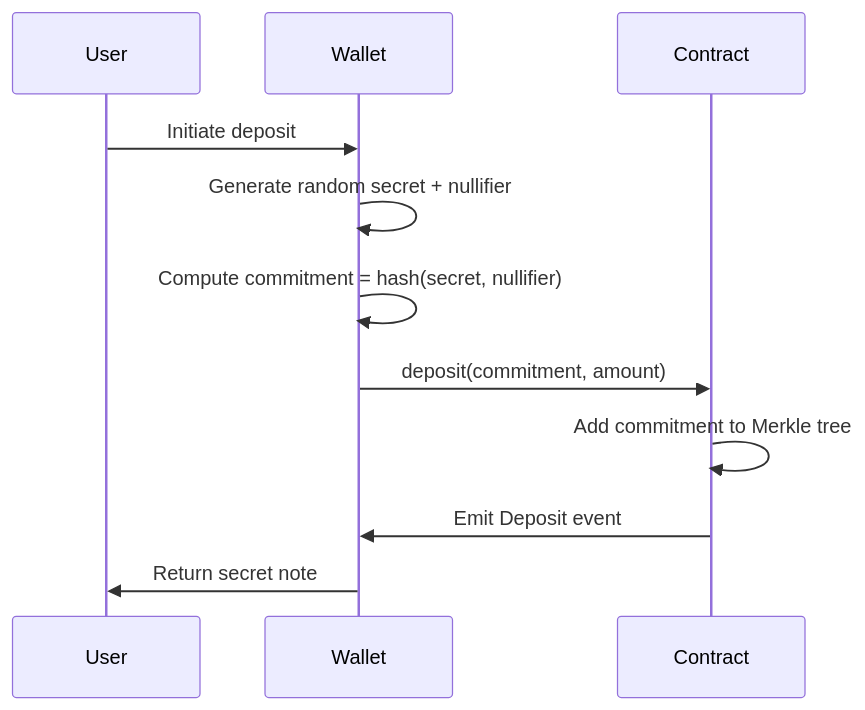
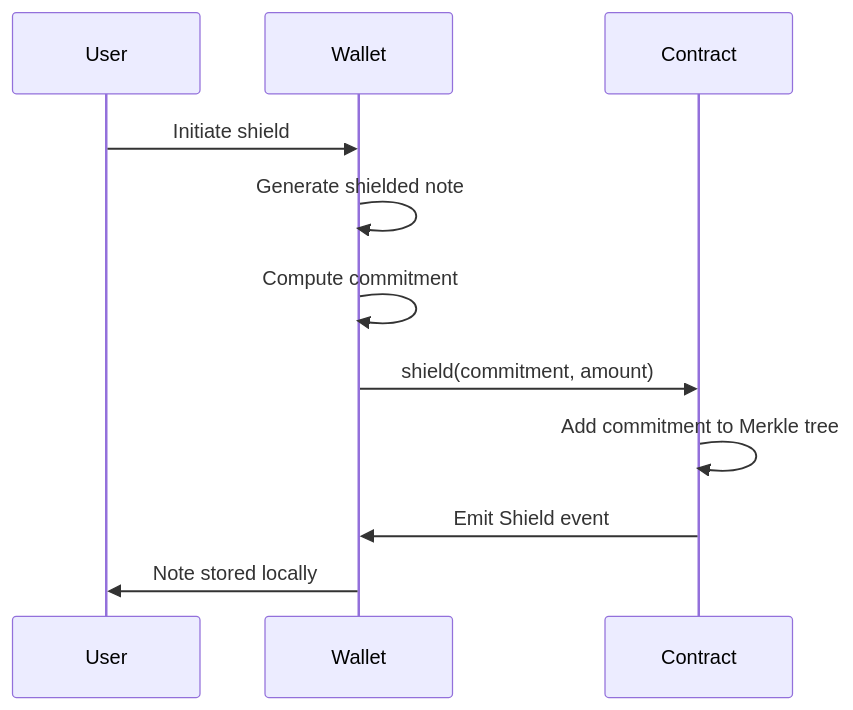
The first of 3 diagrams in docs/docs/how-it-works.md (notfartdev/zdoge), drawn with Mermaid before and after one commit. The commit also changed other lines of this file and 28 other files, not shown here.

````diff
--- a/docs/docs/how-it-works.md
+++ b/docs/docs/how-it-works.md
@@ -67,14 +72,14 @@
 ```mermaid
 sequenceDiagram
     participant User
     participant Wallet
     participant Contract
     
-    User->>Wallet: Initiate deposit
-    Wallet->>Wallet: Generate random secret + nullifier
-    Wallet->>Wallet: Compute commitment = hash(secret, nullifier)
-    Wallet->>Contract: deposit(commitment, amount)
+    User->>Wallet: Initiate shield
+    Wallet->>Wallet: Generate shielded note
+    Wallet->>Wallet: Compute commitment
+    Wallet->>Contract: shield(commitment, amount)
     Contract->>Contract: Add commitment to Merkle tree
-    Contract->>Wallet: Emit Deposit event
-    Wallet->>User: Return secret note
+    Contract->>Wallet: Emit Shield event
+    Wallet->>User: Note stored locally
 ```
````
